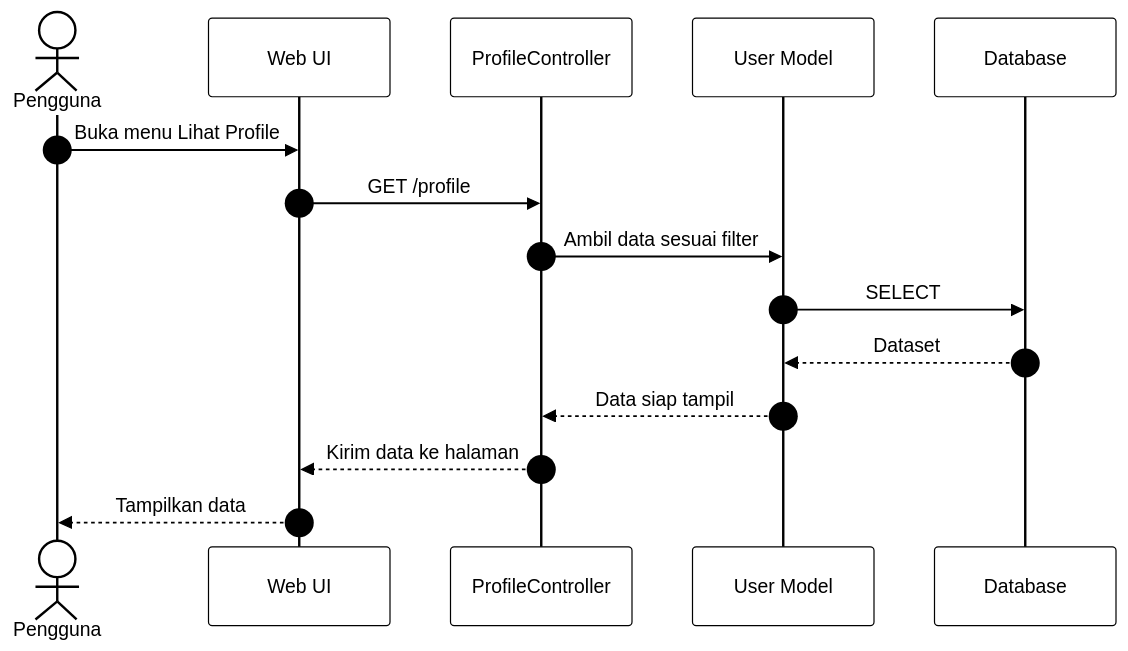
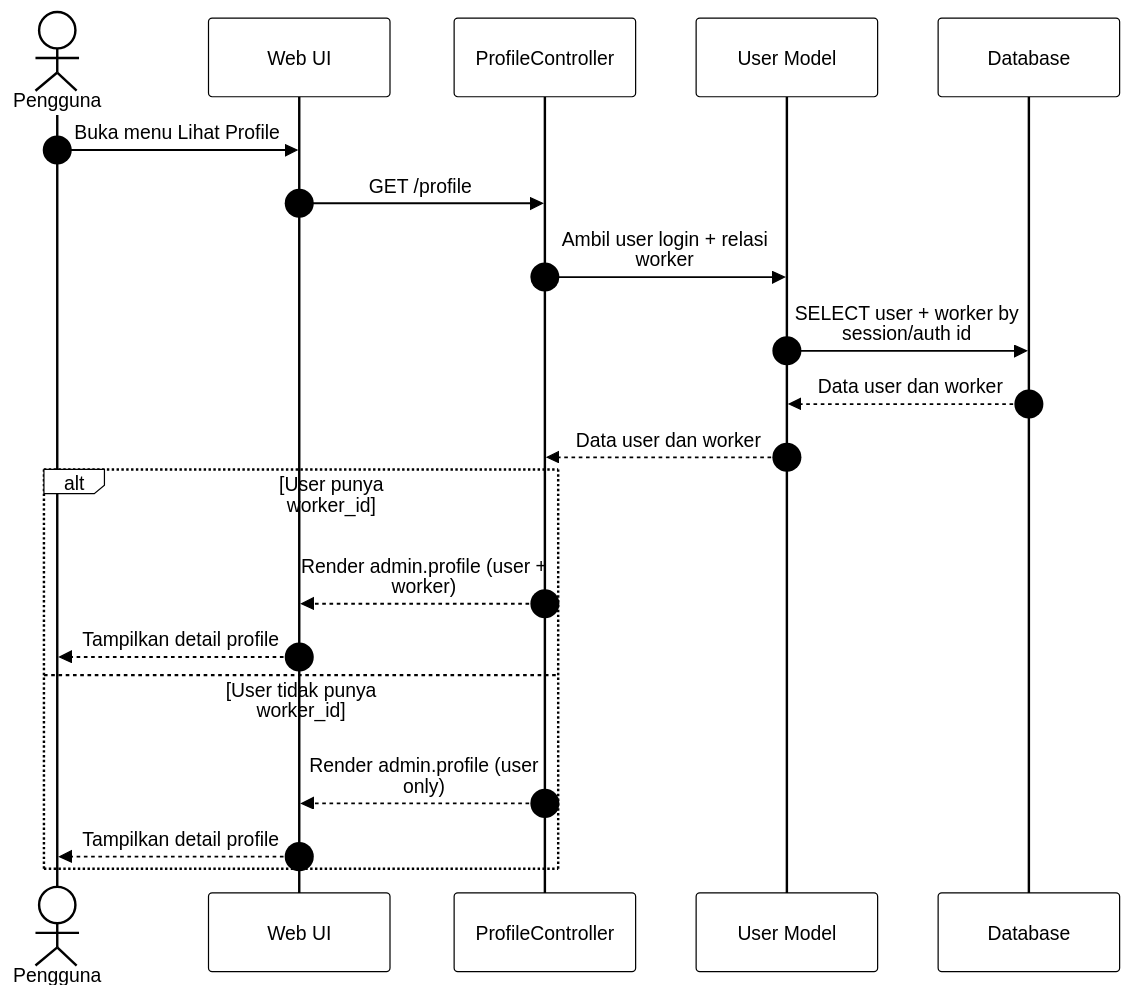
The diagram in docs/SequenceDiagram/Profil-LihatProfile.mermaid (SulaimanHafi23/SimpegRSHDI), drawn with Mermaid before and after one commit. The commit also changed 637 other files, not shown here.

Commit message:
update sequence

```diff
--- a/docs/SequenceDiagram/Profil-LihatProfile.mermaid
+++ b/docs/SequenceDiagram/Profil-LihatProfile.mermaid
@@ -1,17 +1,22 @@
 %%{init: {"theme": "base", "themeVariables": {"background": "#dddddd", "primaryColor": "#ffffff", "primaryBorderColor": "#000000", "primaryTextColor": "#000000", "lineColor": "#000000", "textColor": "#000000", "actorBkg": "#ffffff", "actorBorder": "#000000", "actorTextColor": "#000000", "activationBkgColor": "#ffffff", "activationBorderColor": "#000000", "signalColor": "#000000", "signalTextColor": "#000000", "labelBoxBkgColor": "#ffffff", "labelBoxBorderColor": "#000000", "labelTextColor": "#000000", "sequenceNumberColor": "#000000", "noteBkgColor": "#ffffff", "noteBorderColor": "#000000", "noteTextColor": "#000000"}, "sequence": {"useMaxWidth": true, "wrap": true, "messageFontSize": 12, "noteFontSize": 12}}}%%
 sequenceDiagram
     autonumber
     actor A as Pengguna
     participant UI as Web UI
     participant C as ProfileController
     participant M as User Model
     participant DB as Database
 
     A->>UI: Buka menu Lihat Profile
     UI->>C: GET /profile
-    C->>M: Ambil data sesuai filter
-    M->>DB: SELECT
-    DB-->>M: Dataset
-    M-->>C: Data siap tampil
-    C-->>UI: Kirim data ke halaman
-    UI-->>A: Tampilkan data
+    C->>M: Ambil user login + relasi worker
+    M->>DB: SELECT user + worker by session/auth id
+    DB-->>M: Data user dan worker
+    M-->>C: Data user dan worker
+    alt User punya worker_id
+        C-->>UI: Render admin.profile (user + worker)
+        UI-->>A: Tampilkan detail profile
+    else User tidak punya worker_id
+        C-->>UI: Render admin.profile (user only)
+        UI-->>A: Tampilkan detail profile
+    end
```
